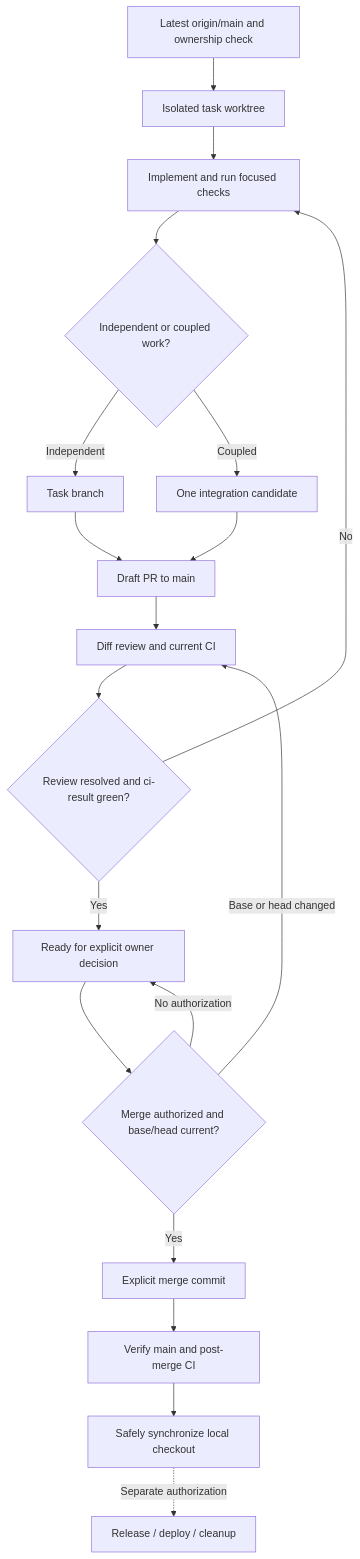
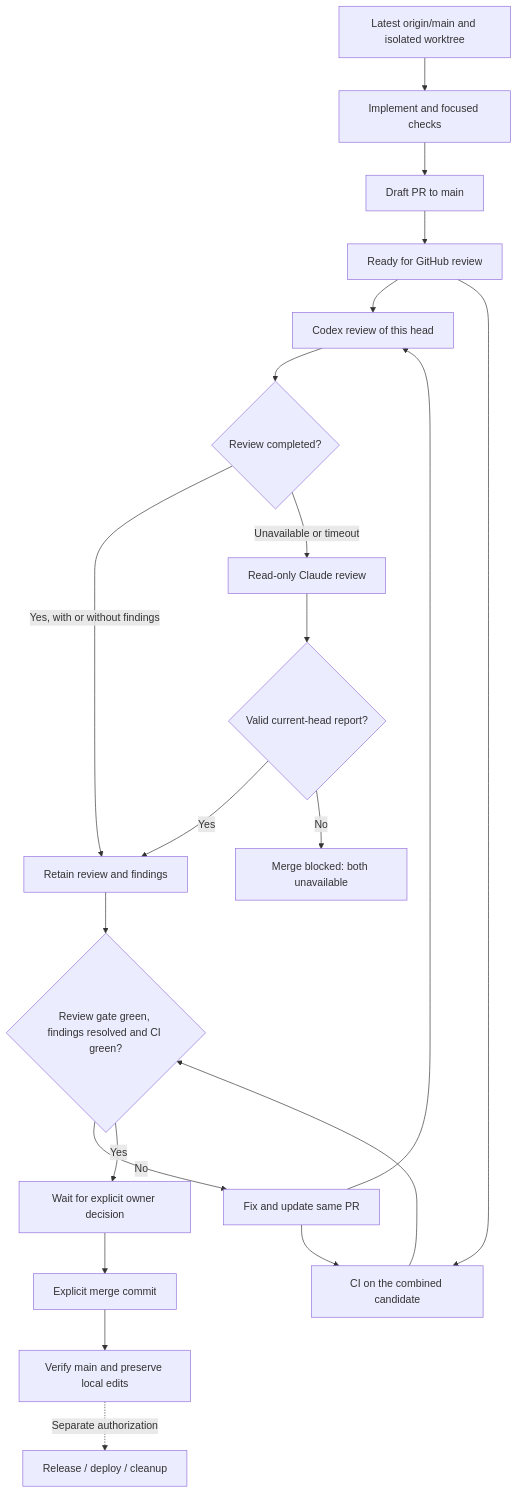
One commit to tariiq222/liwan changed the diagram in docs/agents/integration-rules.md. Above: the diagram before and after it, drawn with Mermaid. The commit also changed other lines of this file and 9 other files, not shown here.

Commit message:
ci(ci): add Codex review with Claude service fallback

````diff
--- a/docs/agents/integration-rules.md
+++ b/docs/agents/integration-rules.md
@@ -112,21 +144,23 @@
 ```mermaid
 flowchart TD
-    A[Latest origin/main and ownership check] --> B[Isolated task worktree]
-    B --> C[Implement and run focused checks]
-    C --> D{Independent or coupled work?}
-    D -->|Independent| E[Task branch]
-    D -->|Coupled| F[One integration candidate]
-    E --> G[Draft PR to main]
-    F --> G
-    G --> H[Diff review and current CI]
-    H --> I{Review resolved and ci-result green?}
-    I -->|No| C
-    I -->|Yes| J[Ready for explicit owner decision]
-    J --> K{Merge authorized and base/head current?}
-    K -->|Base or head changed| H
-    K -->|No authorization| J
-    K -->|Yes| L[Explicit merge commit]
-    L --> M[Verify main and post-merge CI]
-    M --> N[Safely synchronize local checkout]
-    N -. Separate authorization .-> O[Release / deploy / cleanup]
+    A[Latest origin/main and isolated worktree] --> B[Implement and focused checks]
+    B --> C[Draft PR to main]
+    C --> D[Ready for GitHub review]
+    D --> E[Codex review of this head]
+    D --> F[CI on the combined candidate]
+    E --> G{Review completed?}
+    G -->|Yes, with or without findings| H[Retain review and findings]
+    G -->|Unavailable or timeout| I[Read-only Claude review]
+    I --> J{Valid current-head report?}
+    J -->|Yes| H
+    J -->|No| K[Merge blocked: both unavailable]
+    H --> L{Review gate green, findings resolved and CI green?}
+    F --> L
+    L -->|No| M[Fix and update same PR]
+    M --> E
+    M --> F
+    L -->|Yes| N[Wait for explicit owner decision]
+    N --> O[Explicit merge commit]
+    O --> P[Verify main and preserve local edits]
+    P -. Separate authorization .-> Q[Release / deploy / cleanup]
 ```
````
